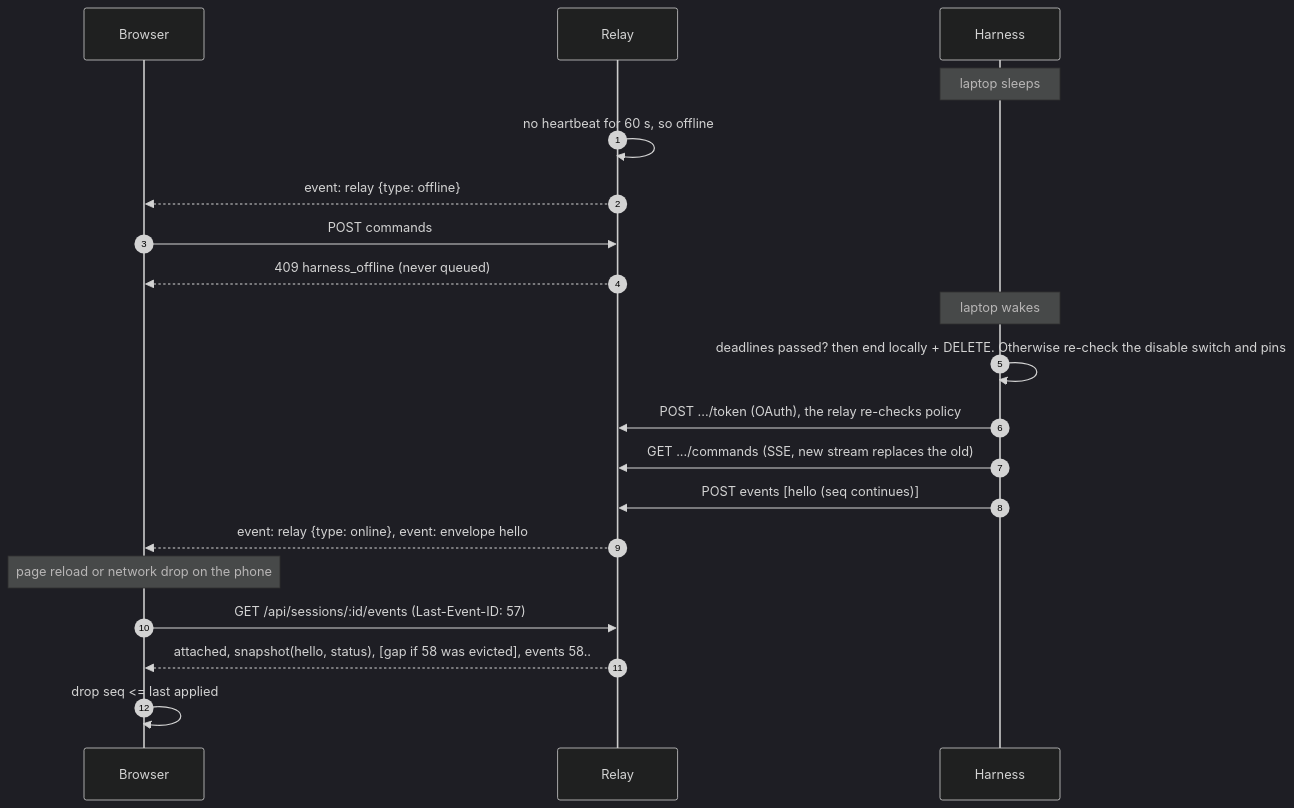
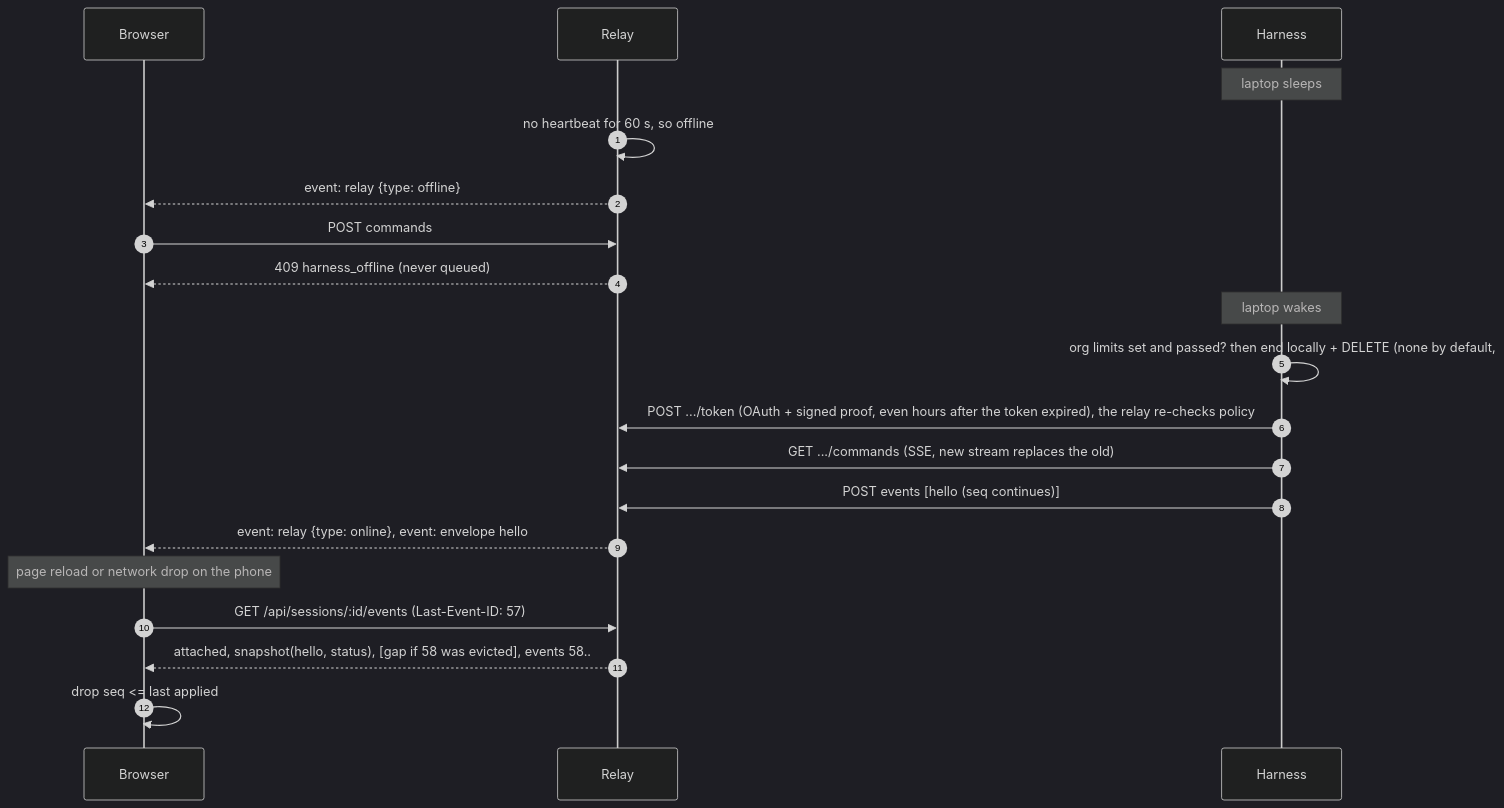
Before and after one commit to jacobsims214/amp: the sixth of 7 diagrams in v2/docs/remote-control/protocol.md, drawn with Mermaid (dark theme). The commit also changed other lines of this file and 10 other files, not shown here.

First line of the commit message:
feat(ui,docs): org opt-in session limits, 'Never' expiry, protocol 12.5 (#2424)

````diff
--- a/v2/docs/remote-control/protocol.md
+++ b/v2/docs/remote-control/protocol.md
@@ -1331,22 +1398,22 @@
 ```mermaid
 sequenceDiagram
   autonumber
   participant B as Browser
   participant R as Relay
   participant H as Harness
   Note over H: laptop sleeps
   R->>R: no heartbeat for 60 s, so offline
   R-->>B: event: relay {type: offline}
   B->>R: POST commands
   R-->>B: 409 harness_offline (never queued)
   Note over H: laptop wakes
-  H->>H: deadlines passed? then end locally + DELETE. Otherwise re-check the disable switch and pins
-  H->>R: POST .../token (OAuth), the relay re-checks policy
+  H->>H: org limits set and passed? then end locally + DELETE (none by default, #2424). Else re-check the switch and pins
+  H->>R: POST .../token (OAuth + signed proof, even hours after the token expired), the relay re-checks policy
   H->>R: GET .../commands (SSE, new stream replaces the old)
   H->>R: POST events [hello (seq continues)]
   R-->>B: event: relay {type: online}, event: envelope hello
   Note over B: page reload or network drop on the phone
   B->>R: GET /api/sessions/:id/events (Last-Event-ID: 57)
   R-->>B: attached, snapshot(hello, status), [gap if 58 was evicted], events 58..
   B->>B: drop seq <= last applied
 ```
````
